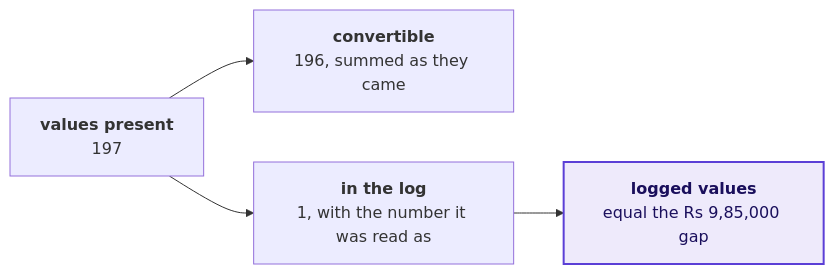
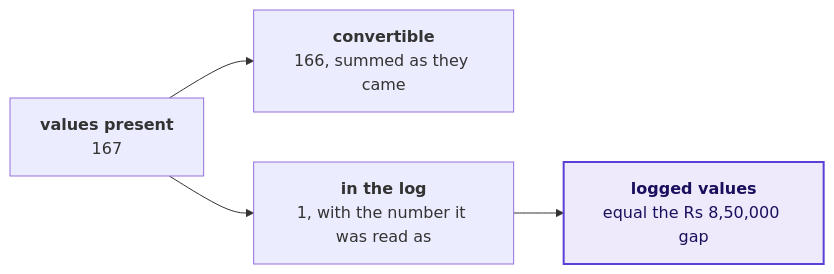
The seventh of 9 diagrams in content/W01/D5/slides/C2_W01_D05_debrief_STUDENT.md (fde-academy-lab/c2-content-factory), drawn with Mermaid before and after one commit. The commit also changed other lines of this file and 1 other file, not shown here.

````diff
--- a/content/W01/D5/slides/C2_W01_D05_debrief_STUDENT.md
+++ b/content/W01/D5/slides/C2_W01_D05_debrief_STUDENT.md
@@ -408,8 +425,8 @@
 ```mermaid
 flowchart LR
-    P["<b>values present</b><br/>197"] --> C["<b>convertible</b><br/>196, summed as they came"]
+    P["<b>values present</b><br/>167"] --> C["<b>convertible</b><br/>166, summed as they came"]
     P --> L["<b>in the log</b><br/>1, with the number it was read as"]
-    L --> G["<b>logged values</b><br/>equal the Rs 9,85,000 gap"]
+    L --> G["<b>logged values</b><br/>equal the Rs 8,50,000 gap"]
     classDef known fill:#EEEAFB,stroke:#5B3FD6,color:#1A0F5C,stroke-width:2px
     class G known
 ```
````
